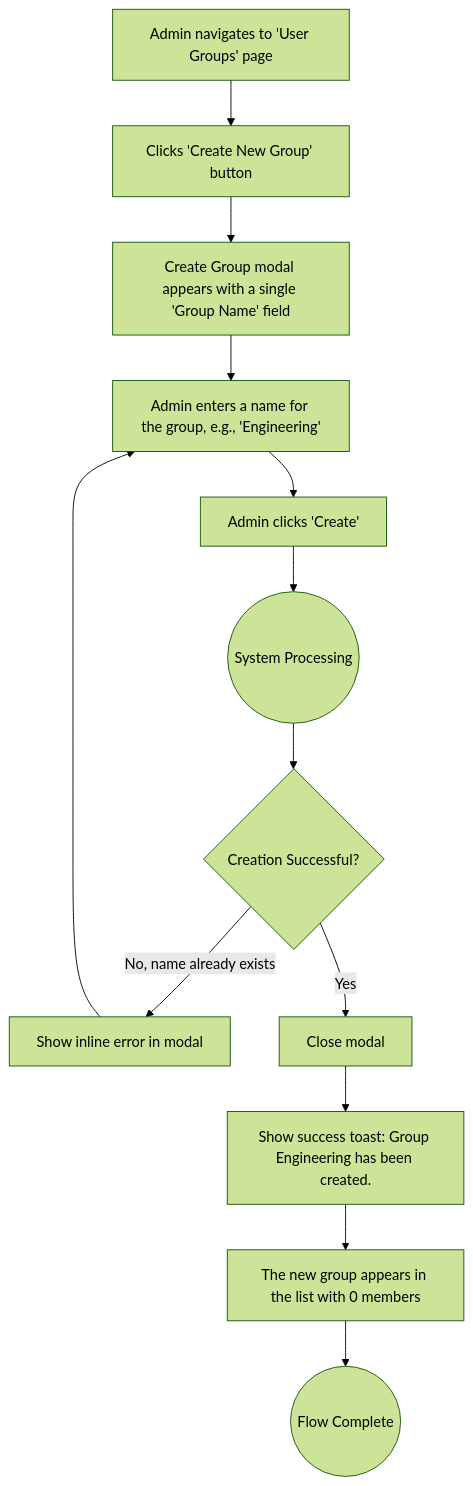
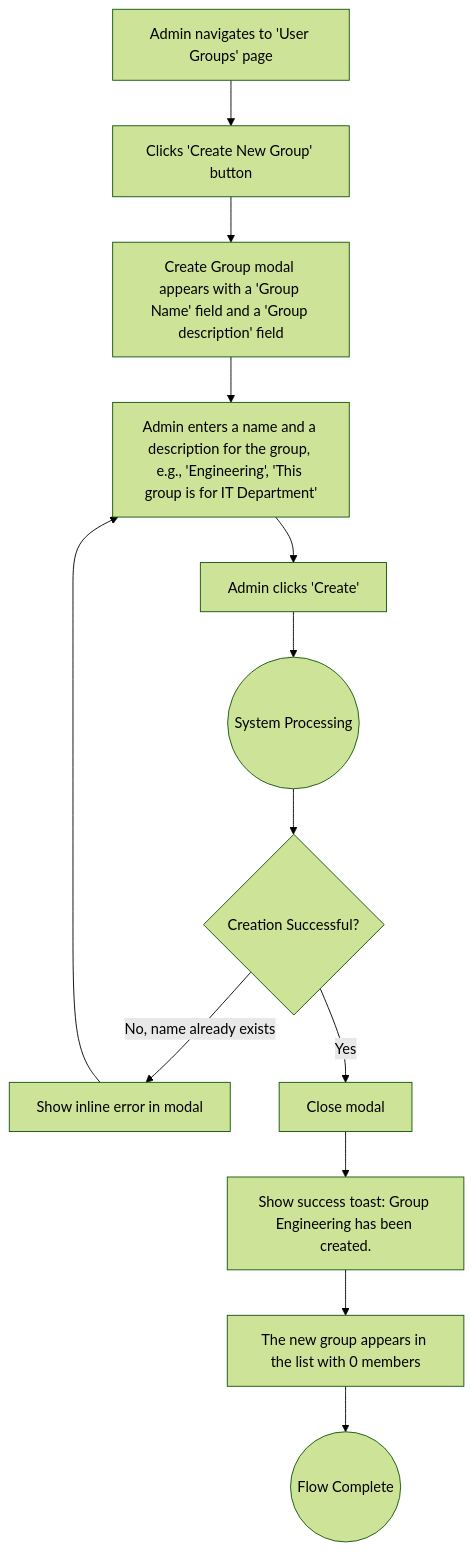
Before and after one commit to diemnguyen944/test_repo: the seventh of 20 diagrams in docs/corporate-mpass-front-end-spec.md, drawn with Mermaid (forest theme). The commit also changed other lines of this file, not shown here.

````diff
--- a/docs/corporate-mpass-front-end-spec.md
+++ b/docs/corporate-mpass-front-end-spec.md
@@ -360,15 +351,15 @@
 ```mermaid
 graph TD
     A[Admin navigates to 'User Groups' page] --> B[Clicks 'Create New Group' button]
-    B --> C[Create Group modal appears with a single 'Group Name' field]
-    C --> D[Admin enters a name for the group, e.g., 'Engineering']
+    B --> C[Create Group modal appears with a 'Group Name' field and a 'Group description' field]
+    C --> D[Admin enters a name and a description for the group, e.g., 'Engineering', 'This group is for IT Department']
     D --> E[Admin clicks 'Create']
     E --> F((System Processing))
     F --> G{Creation Successful?}
     G -- "No, name already exists" --> H[Show inline error in modal]
     H --> D
     G -- "Yes" --> I[Close modal]
     I --> J[Show success toast: Group Engineering has been created.]
     J --> K[The new group appears in the list with 0 members]
     K --> Success((Flow Complete))
 ```
````
